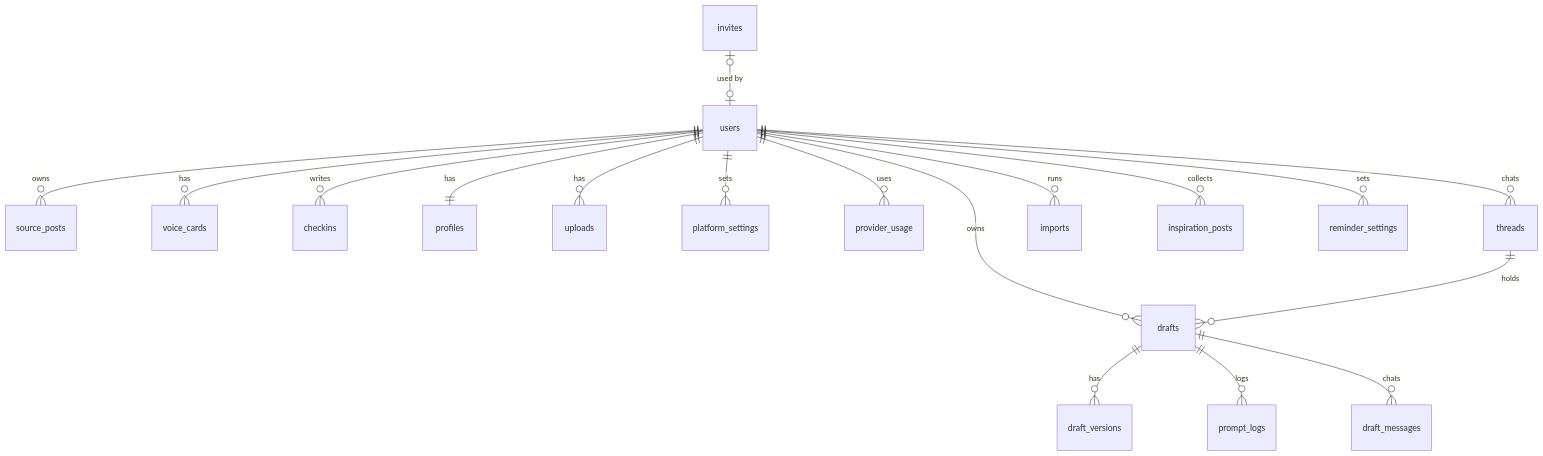
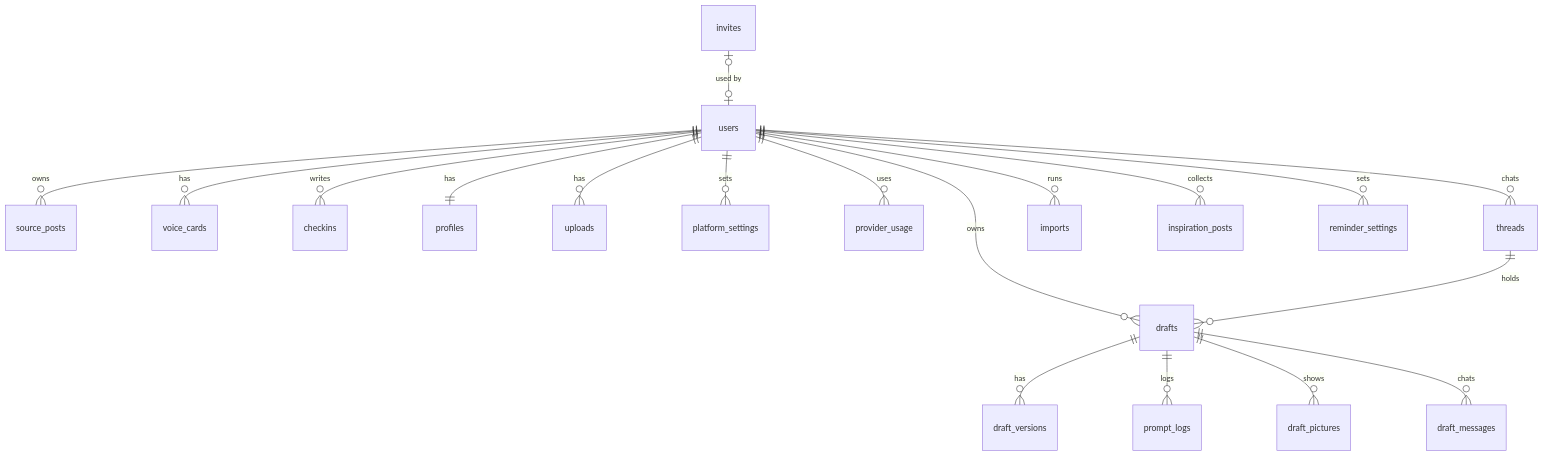
The second of 2 diagrams in docs/SRS.md (fetehadin/post-generator), drawn with Mermaid before and after one commit. The commit also changed other lines of this file and 3 other files, not shown here.

First line of the commit message:
docs(pictures): ADR 0002 and FR-58, pictures on a draft until it is posted (#107)

````diff
--- a/docs/SRS.md
+++ b/docs/SRS.md
@@ -283,20 +284,21 @@
 ```mermaid
 erDiagram
     users ||--o{ source_posts : owns
     users ||--o{ voice_cards : has
     users ||--o{ checkins : writes
     users ||--o{ drafts : owns
     drafts ||--o{ draft_versions : has
     drafts ||--o{ prompt_logs : logs
+    drafts ||--o{ draft_pictures : shows
     users ||--|| profiles : has
     users ||--o{ uploads : has
     users ||--o{ platform_settings : sets
     users ||--o{ provider_usage : uses
     users ||--o{ threads : chats
     threads ||--o{ drafts : holds
     users ||--o{ imports : runs
     drafts ||--o{ draft_messages : chats
     users ||--o{ inspiration_posts : collects
     users ||--o{ reminder_settings : sets
     invites |o--o| users : "used by"
 ```
````
